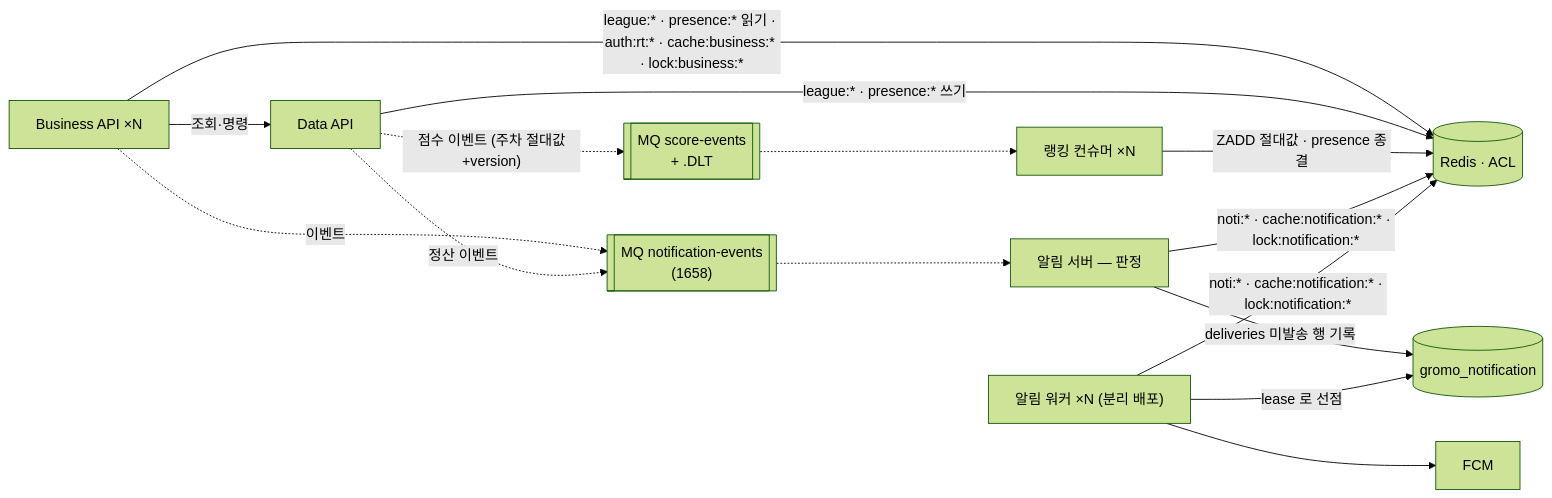
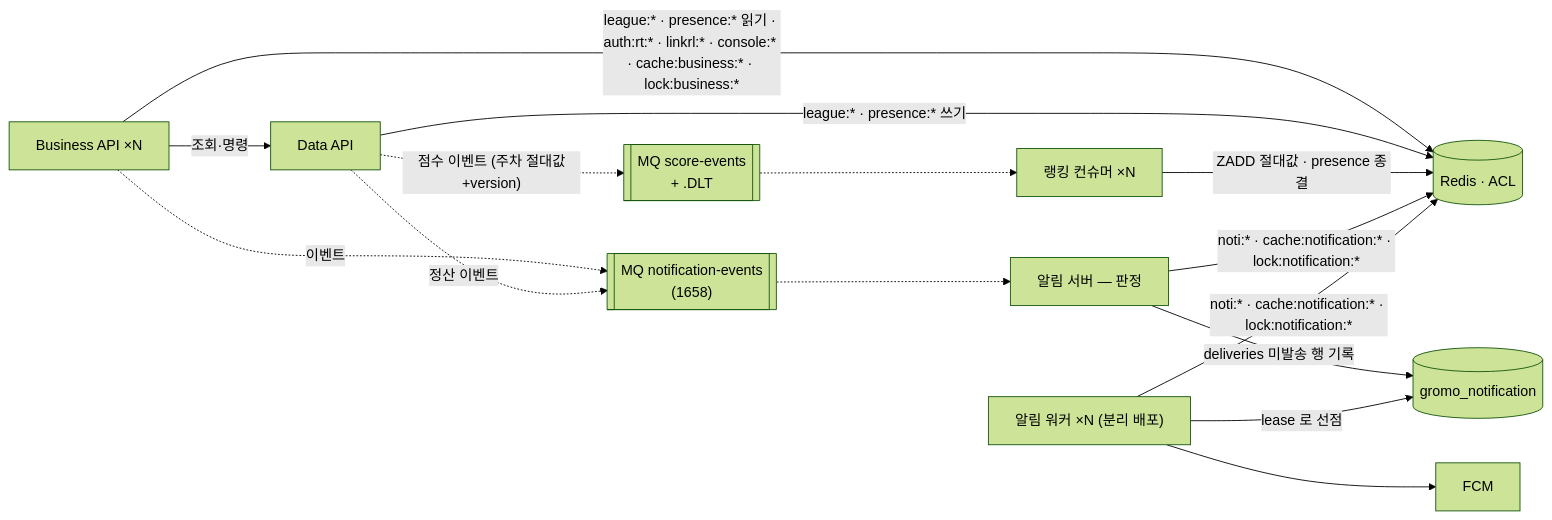
One commit to OneOrThree/phone changed the second of 2 diagrams in docs/architecture/service-architecture.md. Above: the diagram before and after it, drawn with Mermaid (forest theme). The commit also changed other lines of this file and 5 other files, not shown here.

First line of the commit message:
[CHORE] GROMO-1799 codex 8라운드 반영 — is_deleted·claimed_at 판정·installId 결속·Redis ACL

````diff
--- a/docs/architecture/service-architecture.md
+++ b/docs/architecture/service-architecture.md
@@ -180,16 +180,16 @@
 ```mermaid
 flowchart LR
   BIZ["Business API ×N"] -->|"조회·명령"| DATA["Data API"]
-  BIZ -->|"league:* · presence:* 읽기 · auth:rt:* · cache:business:* · lock:business:*"| REDIS[("Redis · ACL")]
+  BIZ -->|"league:* · presence:* 읽기 · auth:rt:* · linkrl:* · console:* · cache:business:* · lock:business:*"| REDIS[("Redis · ACL")]
   DATA -->|"league:* · presence:* 쓰기"| REDIS
   BIZ -.->|"이벤트"| MQ[["MQ notification-events<br/>(1658)"]]
   DATA -.->|"정산 이벤트"| MQ
   DATA -.->|"점수 이벤트 (주차 절대값+version)"| MQS[["MQ score-events<br/>+ .DLT"]]
   MQS -.-> RC["랭킹 컨슈머 ×N"]
   RC -->|"ZADD 절대값 · presence 종결"| REDIS
   MQ -.-> NSJ["알림 서버 — 판정"]
   NSJ -->|"deliveries 미발송 행 기록"| NDB[("gromo_notification")]
   NSW["알림 워커 ×N (분리 배포)"] -->|"lease 로 선점"| NDB
   NSW --> FCM["FCM"]
   NSJ & NSW -->|"noti:* · cache:notification:* · lock:notification:*"| REDIS
 ```
````
